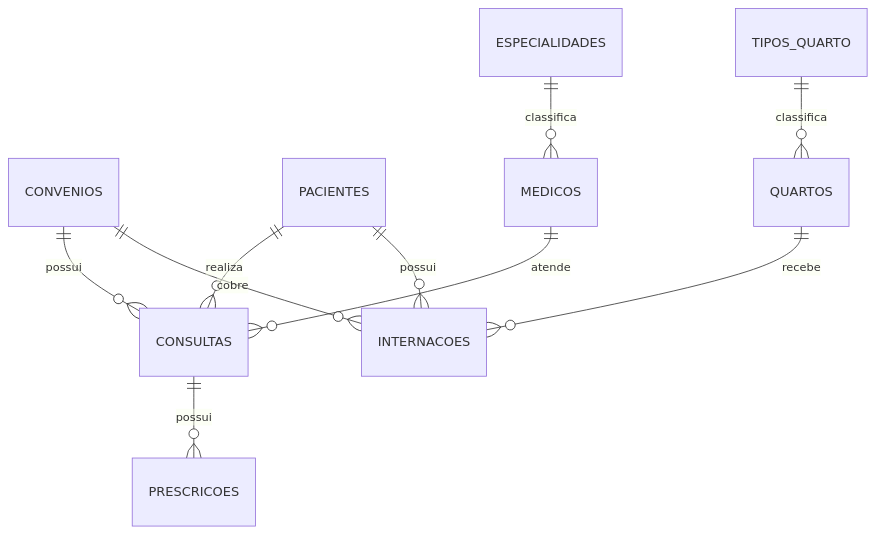
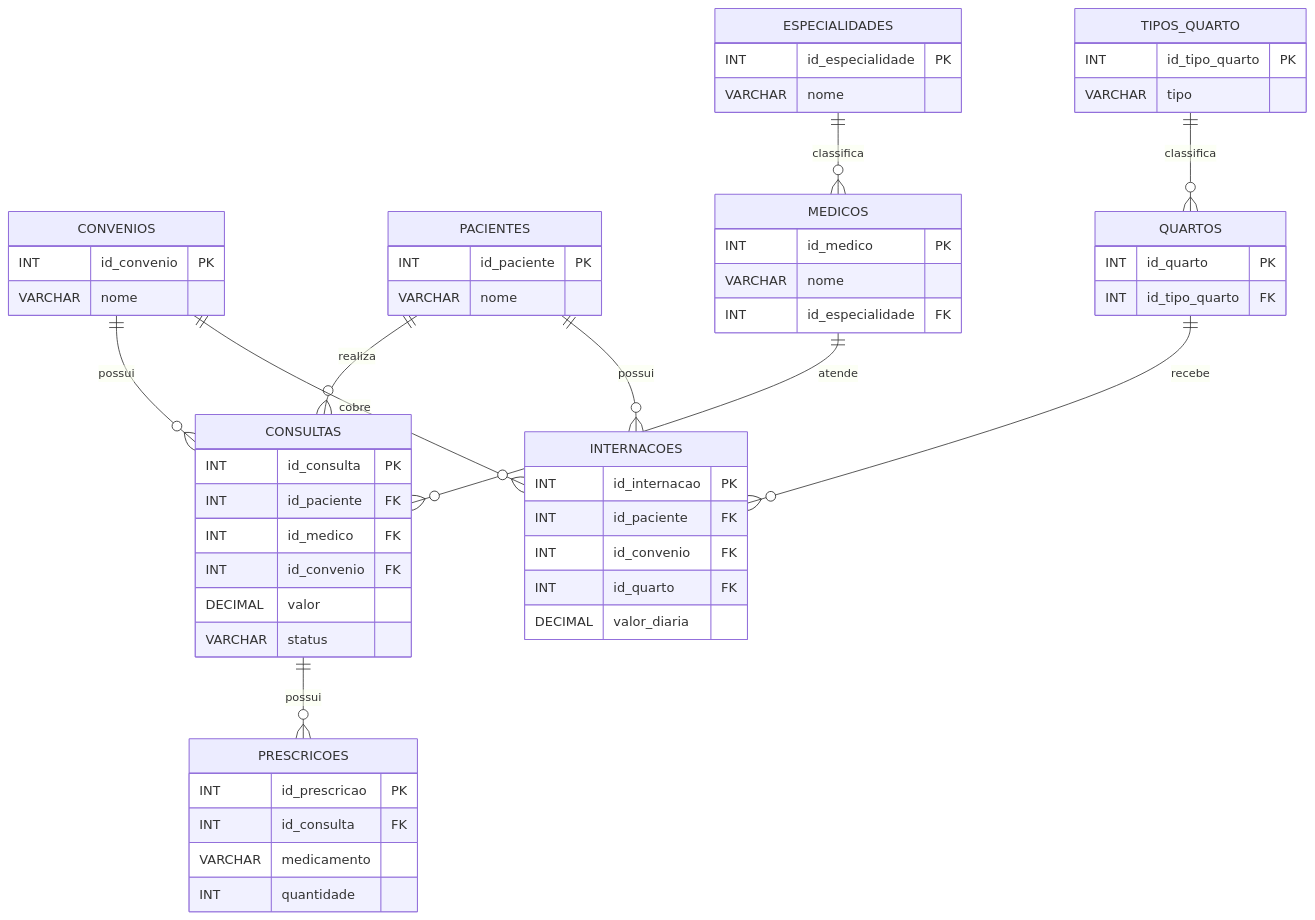
Before and after one commit to vitoriahanykelly-dev/atividade-gestao-hospitalar: the diagram in README.md, drawn with Mermaid. The commit also changed other lines of this file, not shown here.

````diff
--- a/README.md
+++ b/README.md
@@ -69,12 +68,70 @@
 ```mermaid
 erDiagram
+
     CONVENIOS ||--o{ CONSULTAS : possui
     PACIENTES ||--o{ CONSULTAS : realiza
     MEDICOS ||--o{ CONSULTAS : atende
     ESPECIALIDADES ||--o{ MEDICOS : classifica
+
     PACIENTES ||--o{ INTERNACOES : possui
     CONVENIOS ||--o{ INTERNACOES : cobre
     QUARTOS ||--o{ INTERNACOES : recebe
     TIPOS_QUARTO ||--o{ QUARTOS : classifica
+
     CONSULTAS ||--o{ PRESCRICOES : possui
+
+    CONVENIOS {
+        INT id_convenio PK
+        VARCHAR nome
+    }
+
+    PACIENTES {
+        INT id_paciente PK
+        VARCHAR nome
+    }
+
+    ESPECIALIDADES {
+        INT id_especialidade PK
+        VARCHAR nome
+    }
+
+    MEDICOS {
+        INT id_medico PK
+        VARCHAR nome
+        INT id_especialidade FK
+    }
+
+    CONSULTAS {
+        INT id_consulta PK
+        INT id_paciente FK
+        INT id_medico FK
+        INT id_convenio FK
+        DECIMAL valor
+        VARCHAR status
+    }
+
+    TIPOS_QUARTO {
+        INT id_tipo_quarto PK
+        VARCHAR tipo
+    }
+
+    QUARTOS {
+        INT id_quarto PK
+        INT id_tipo_quarto FK
+    }
+
+    INTERNACOES {
+        INT id_internacao PK
+        INT id_paciente FK
+        INT id_convenio FK
+        INT id_quarto FK
+        DECIMAL valor_diaria
+    }
+
+    PRESCRICOES {
+        INT id_prescricao PK
+        INT id_consulta FK
+        VARCHAR medicamento
+        INT quantidade
+    }
 ```
````
